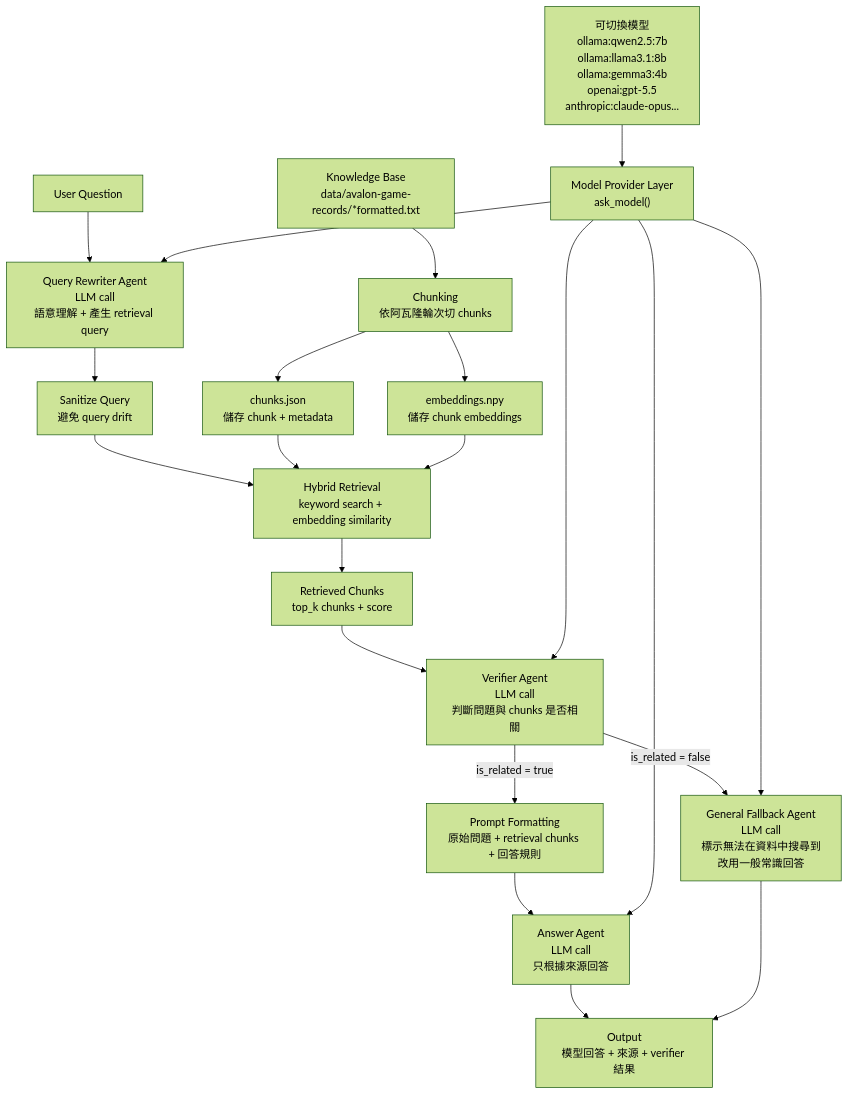
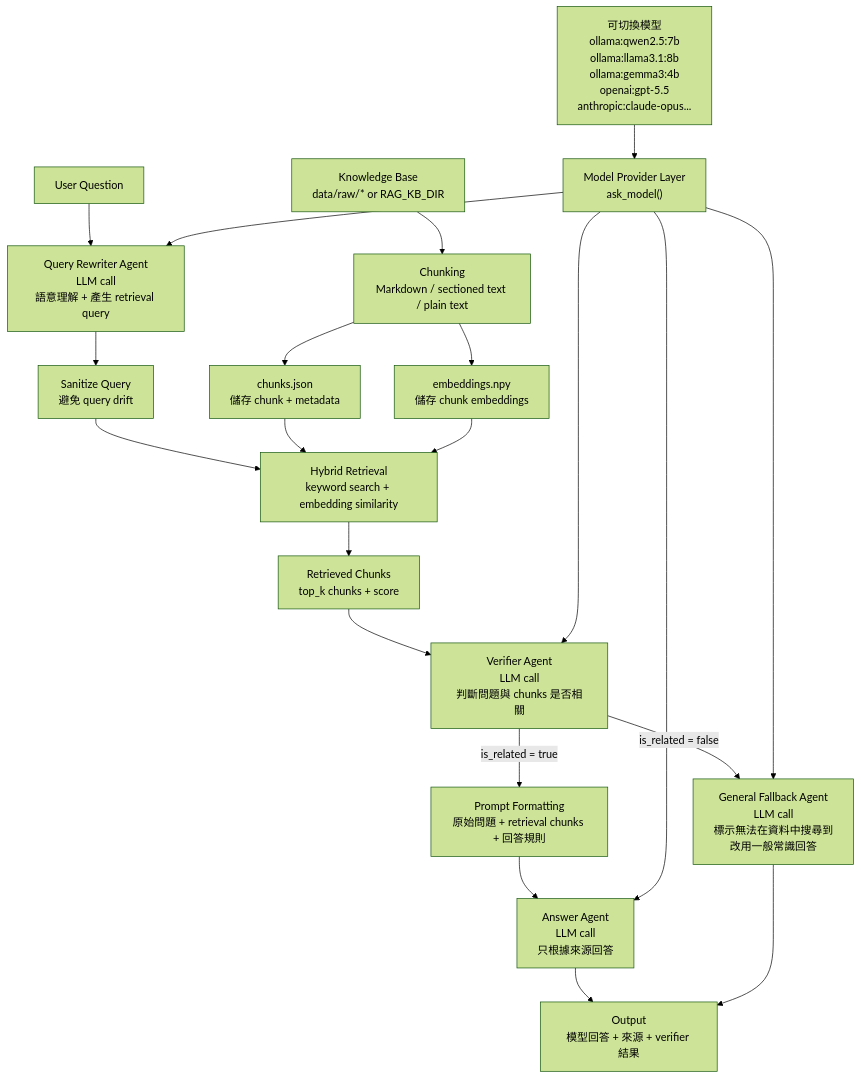
Before and after one commit to Ryan1998-0/three-body-rag: the diagram in docs/current_rag_architecture.md, drawn with Mermaid (forest theme). The commit also changed 26 other files, not shown here.

````diff
--- a/docs/current_rag_architecture.md
+++ b/docs/current_rag_architecture.md
@@ -7,30 +7,30 @@
 ```mermaid
 flowchart TD
-    A["Knowledge Base<br/>data/avalon-game-records/*formatted.txt"] --> B["Chunking<br/>依阿瓦隆輪次切 chunks"]
+    A["Knowledge Base<br/>data/raw/* or RAG_KB_DIR"] --> B["Chunking<br/>Markdown / sectioned text / plain text"]
     B --> C["chunks.json<br/>儲存 chunk + metadata"]
     B --> D["embeddings.npy<br/>儲存 chunk embeddings"]
 
     U["User Question"] --> QR["Query Rewriter Agent<br/>LLM call<br/>語意理解 + 產生 retrieval query"]
     QR --> S["Sanitize Query<br/>避免 query drift"]
     S --> R["Hybrid Retrieval<br/>keyword search + embedding similarity"]
 
     C --> R
     D --> R
 
     R --> RC["Retrieved Chunks<br/>top_k chunks + score"]
     RC --> V["Verifier Agent<br/>LLM call<br/>判斷問題與 chunks 是否相關"]
 
     V -->|is_related = true| P["Prompt Formatting<br/>原始問題 + retrieval chunks + 回答規則"]
     P --> A1["Answer Agent<br/>LLM call<br/>只根據來源回答"]
     A1 --> O["Output<br/>模型回答 + 來源 + verifier 結果"]
 
     V -->|is_related = false| G["General Fallback Agent<br/>LLM call<br/>標示無法在資料中搜尋到<br/>改用一般常識回答"]
     G --> O
 
     M["Model Provider Layer<br/>ask_model()"] --> QR
     M --> V
     M --> A1
     M --> G
 
     MP["可切換模型<br/>ollama:qwen2.5:7b<br/>ollama:llama3.1:8b<br/>ollama:gemma3:4b<br/>openai:gpt-5.5<br/>anthropic:claude-opus..."] --> M
 ```
````
